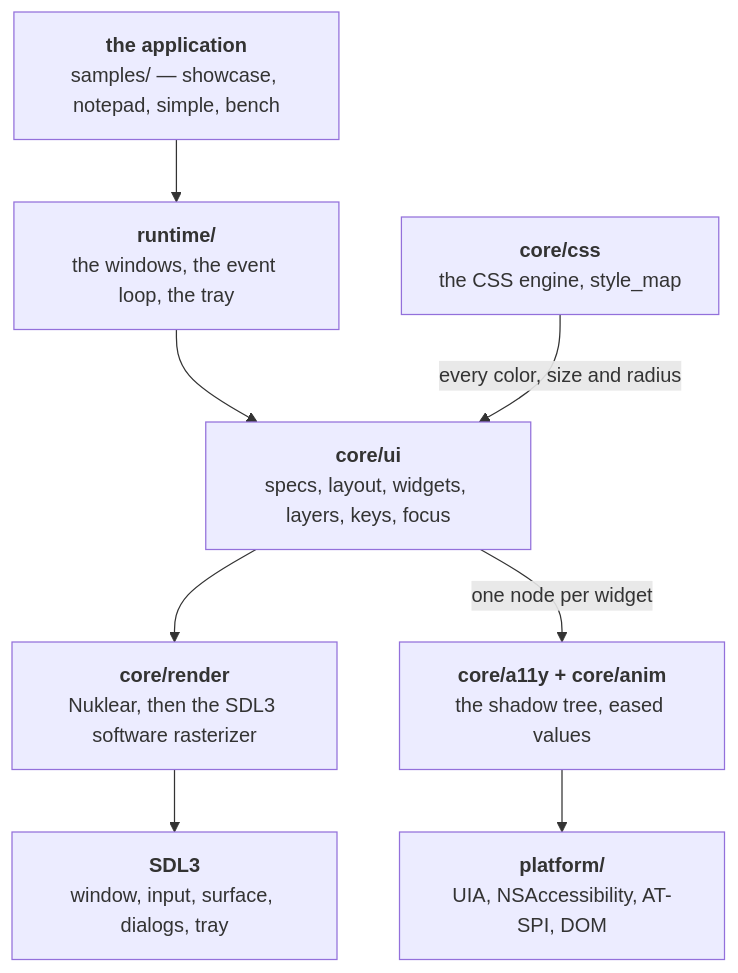
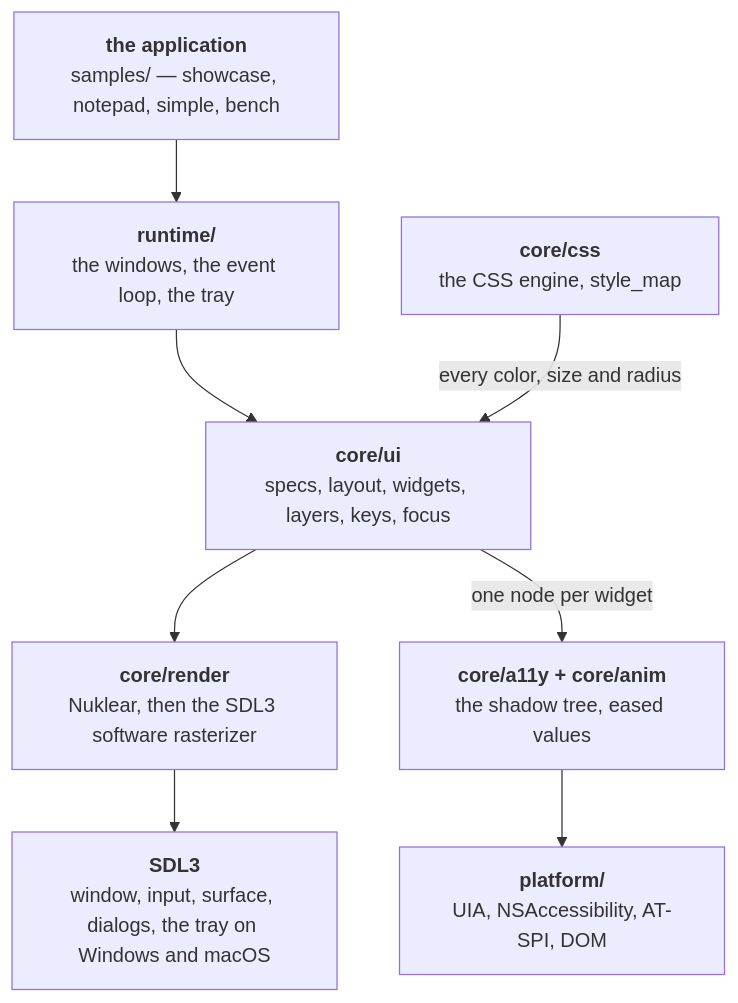
The diagram in docs/DOCUMENTATION.md (Alpaq92/Reaktor), drawn with Mermaid before and after one commit. The commit also changed other lines of this file and 9 other files, not shown here.

````diff
--- a/docs/DOCUMENTATION.md
+++ b/docs/DOCUMENTATION.md
@@ -924,17 +924,17 @@
 ```mermaid
 flowchart TB
     app["<b>the application</b><br/>samples/ — showcase, notepad, simple, bench"]
     rt["<b>runtime/</b><br/>the windows, the event loop, the tray"]
     ui["<b>core/ui</b><br/>specs, layout, widgets, layers, keys, focus"]
     ren["<b>core/render</b><br/>Nuklear, then the SDL3 software rasterizer"]
-    sdl["<b>SDL3</b><br/>window, input, surface, dialogs, tray"]
+    sdl["<b>SDL3</b><br/>window, input, surface, dialogs, the tray on Windows and macOS"]
 
     css["<b>core/css</b><br/>the CSS engine, style_map"]
     tree["<b>core/a11y + core/anim</b><br/>the shadow tree, eased values"]
     plat["<b>platform/</b><br/>UIA, NSAccessibility, AT-SPI, DOM"]
 
     app --> rt --> ui --> ren --> sdl
     css -- "every color, size and radius" --> ui
     ui -- "one node per widget" --> tree
     tree --> plat
 ```
````
